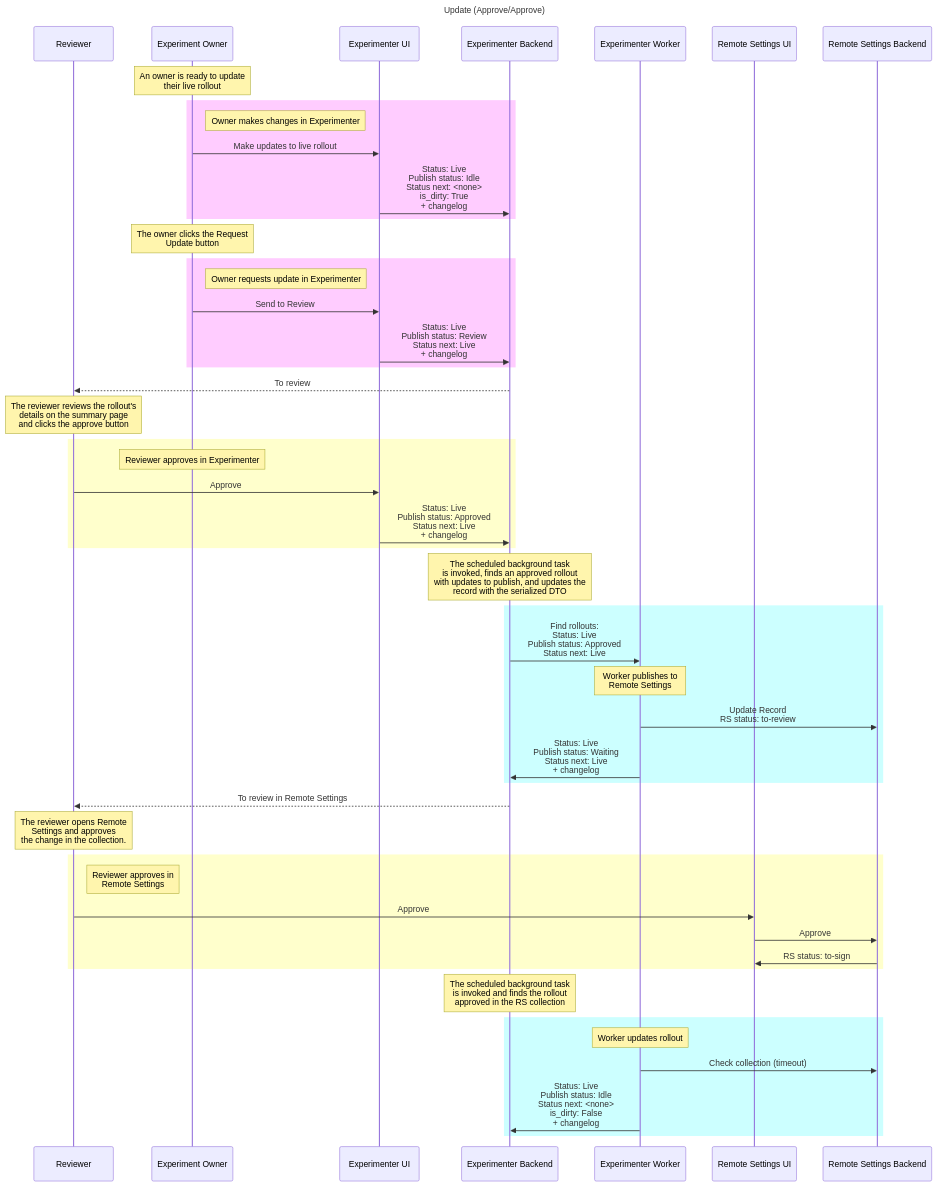
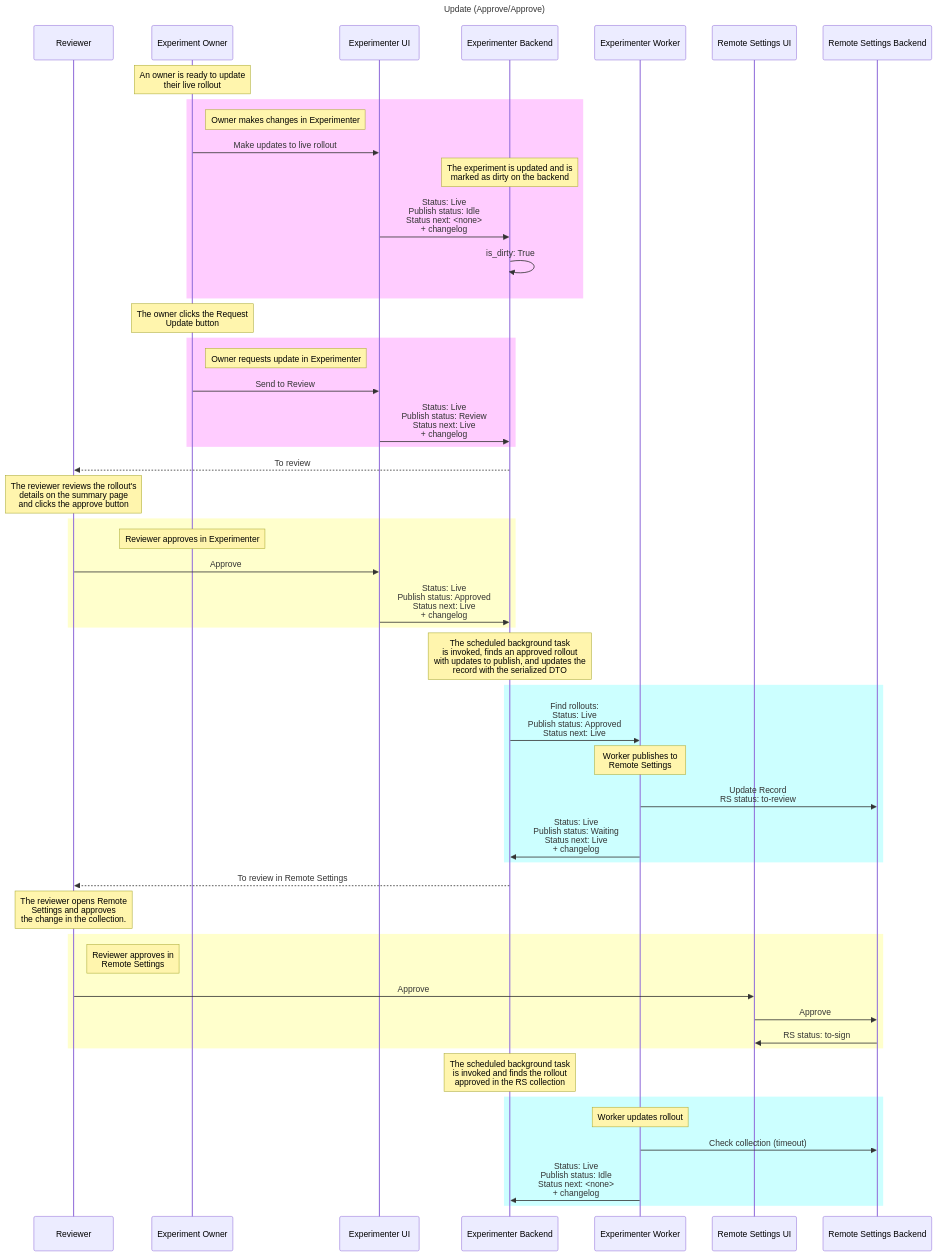
The eighth of 22 diagrams in docs/experimenter/README.md (mozilla/experimenter), drawn with Mermaid before and after one commit. The commit also changed other lines of this file, not shown here.

Commit message:
For #8559 docs(nimbus): Separate is_dirty to show that it is set on the backend

````diff
--- a/docs/experimenter/README.md
+++ b/docs/experimenter/README.md
@@ -457,65 +457,67 @@
 ```mermaid
   sequenceDiagram
     participant Reviewer
     participant Experiment Owner
     participant Experimenter UI
     participant Experimenter Backend
     participant Experimenter Worker
     participant Remote Settings UI
     participant Remote Settings Backend
     title Update (Approve/Approve)
     
     Note over Experiment Owner: An owner is ready to update <br/> their live rollout
     
     rect rgb(255,204,255) 
         Note right of Experiment Owner: Owner makes changes in Experimenter
         Experiment Owner->>Experimenter UI: Make updates to live rollout
-        Experimenter UI->>Experimenter Backend: Status: Live <br/> Publish status: Idle <br/> Status next: <none> <br/> is_dirty: True <br/> + changelog
+        Note over Experimenter Backend: The experiment is updated and is <br/> marked as dirty on the backend
+        Experimenter UI->>Experimenter Backend: Status: Live <br/> Publish status: Idle <br/> Status next: <none>  <br/> + changelog
+        Experimenter Backend->>Experimenter Backend: is_dirty: True 
     end 
 
     Note over Experiment Owner: The owner clicks the Request <br/> Update button
     
     rect rgb(255,204,255) 
         Note right of Experiment Owner: Owner requests update in Experimenter
         Experiment Owner->>Experimenter UI: Send to Review
         Experimenter UI->>Experimenter Backend: Status: Live <br/> Publish status: Review <br/> Status next: Live <br/> + changelog
     end 
     
     Experimenter Backend-->>Reviewer: To review
     Note over Reviewer: The reviewer reviews the rollout's <br/> details on the summary page <br/> and clicks the approve button
     
 
     rect rgb(255,255,204) 
         Note over Experiment Owner: Reviewer approves in Experimenter
         Reviewer->>Experimenter UI: Approve
         Experimenter UI->>Experimenter Backend: Status: Live <br/> Publish status: Approved <br/> Status next: Live <br/> + changelog
     end 
  
     Note over Experimenter Backend: The scheduled background task <br/> is invoked, finds an approved rollout <br/> with updates to publish, and updates the <br/> record with the serialized DTO
     
     rect rgb(204,255,255) 
         Experimenter Backend->>Experimenter Worker: Find rollouts: <br/> Status: Live <br/> Publish status: Approved <br/> Status next: Live
         Note over Experimenter Worker: Worker publishes to <br/>Remote Settings
         Experimenter Worker->>Remote Settings Backend: Update Record <br/> RS status: to-review
         Experimenter Worker->>Experimenter Backend: Status: Live <br/> Publish status: Waiting <br/> Status next: Live <br/> + changelog
     end 
 
     Experimenter Backend-->>Reviewer: To review in Remote Settings
     
     Note over Reviewer: The reviewer opens Remote <br/> Settings and approves <br/> the change in the collection.
 
     rect rgb(255,255,204) 
         Note right of Reviewer: Reviewer approves in <br/>Remote Settings
         Reviewer->>Remote Settings UI: Approve
         Remote Settings UI->>Remote Settings Backend: Approve
         Remote Settings Backend->>Remote Settings UI: RS status: to-sign
     end 
 
     Note over Experimenter Backend: The scheduled background task <br/> is invoked and finds the rollout <br/>approved in the RS collection
 
     rect rgb(204,255,255) 
         Note over Experimenter Worker: Worker updates rollout
         Experimenter Worker->>Remote Settings Backend: Check collection (timeout)
-        Experimenter Worker->>Experimenter Backend:  Status: Live <br/> Publish status: Idle <br/> Status next: <none> <br/> is_dirty: False <br/> + changelog
+        Experimenter Worker->>Experimenter Backend:  Status: Live <br/> Publish status: Idle <br/> Status next: <none> <br/> + changelog
     end 
 ```
````
